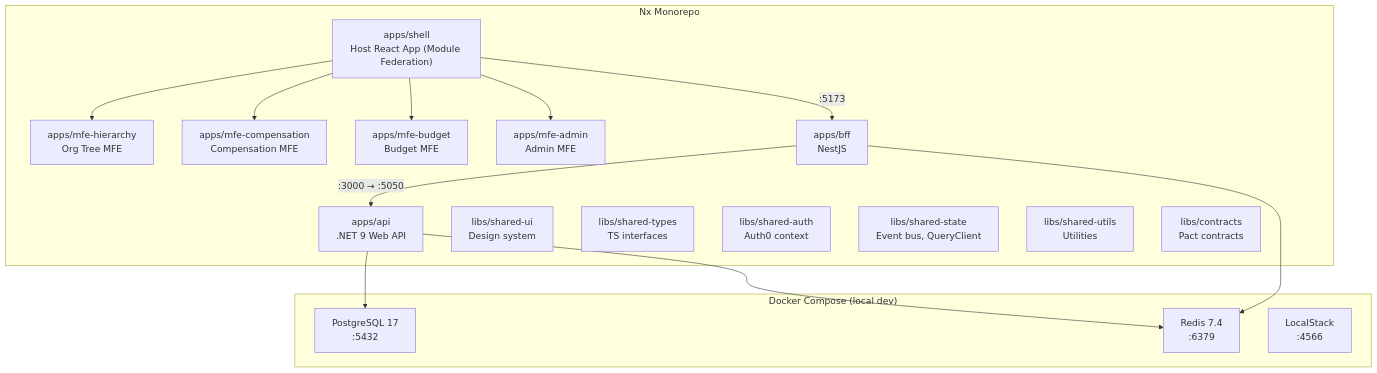
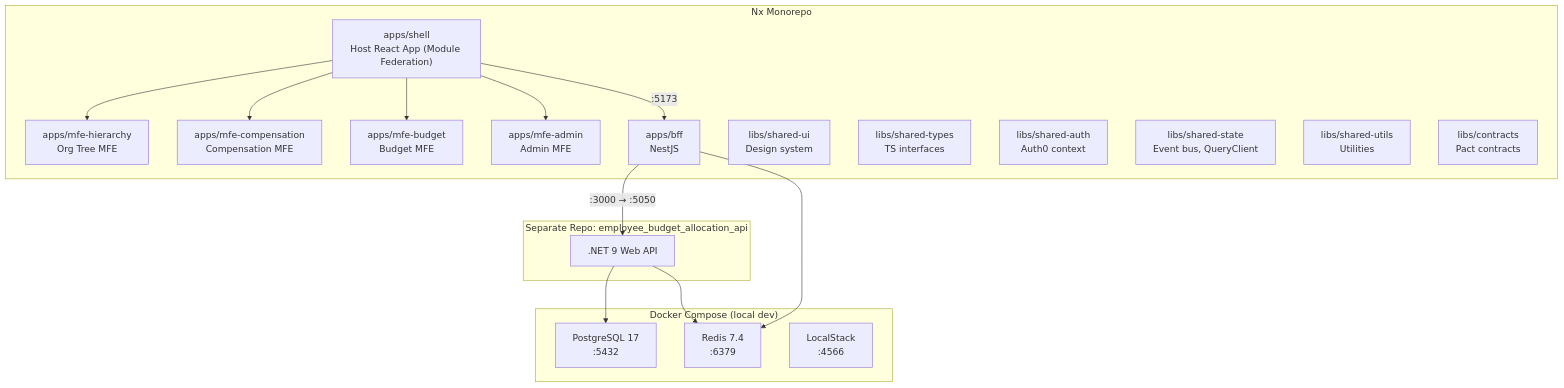
One commit to sukhesh035/employee_budget_allocation changed the diagram in docs/phases/PHASE-1-project-setup.md. Above: the diagram before and after it, drawn with Mermaid. The commit also changed other lines of this file and 10 other files, not shown here.

First line of the commit message:
Fix all docs to reflect two-repo architecture (.NET API in separate repo)

````diff
--- a/docs/phases/PHASE-1-project-setup.md
+++ b/docs/phases/PHASE-1-project-setup.md
@@ -22,31 +22,34 @@
 ```mermaid
 graph TB
     subgraph Monorepo["Nx Monorepo"]
         SHELL["apps/shell<br/>Host React App (Module Federation)"]
         MFE_H["apps/mfe-hierarchy<br/>Org Tree MFE"]
         MFE_C["apps/mfe-compensation<br/>Compensation MFE"]
         MFE_B["apps/mfe-budget<br/>Budget MFE"]
         MFE_A["apps/mfe-admin<br/>Admin MFE"]
         BFF["apps/bff<br/>NestJS"]
-        API["apps/api<br/>.NET 9 Web API"]
         LibUI["libs/shared-ui<br/>Design system"]
         LibTypes["libs/shared-types<br/>TS interfaces"]
         LibAuth["libs/shared-auth<br/>Auth0 context"]
         LibState["libs/shared-state<br/>Event bus, QueryClient"]
         LibUtils["libs/shared-utils<br/>Utilities"]
         LibContracts["libs/contracts<br/>Pact contracts"]
+    end
+
+    subgraph SeparateRepo["Separate Repo: employee_budget_allocation_api"]
+        API[".NET 9 Web API"]
     end
 
     subgraph DockerCompose["Docker Compose (local dev)"]
         PG["PostgreSQL 17<br/>:5432"]
         Redis["Redis 7.4<br/>:6379"]
         LS["LocalStack<br/>:4566"]
     end
 
     SHELL -->|:5173| BFF
     SHELL --> MFE_H & MFE_C & MFE_B & MFE_A
     BFF -->|:3000 → :5050| API
     API --> PG
     API --> Redis
     BFF --> Redis
 ```
````
